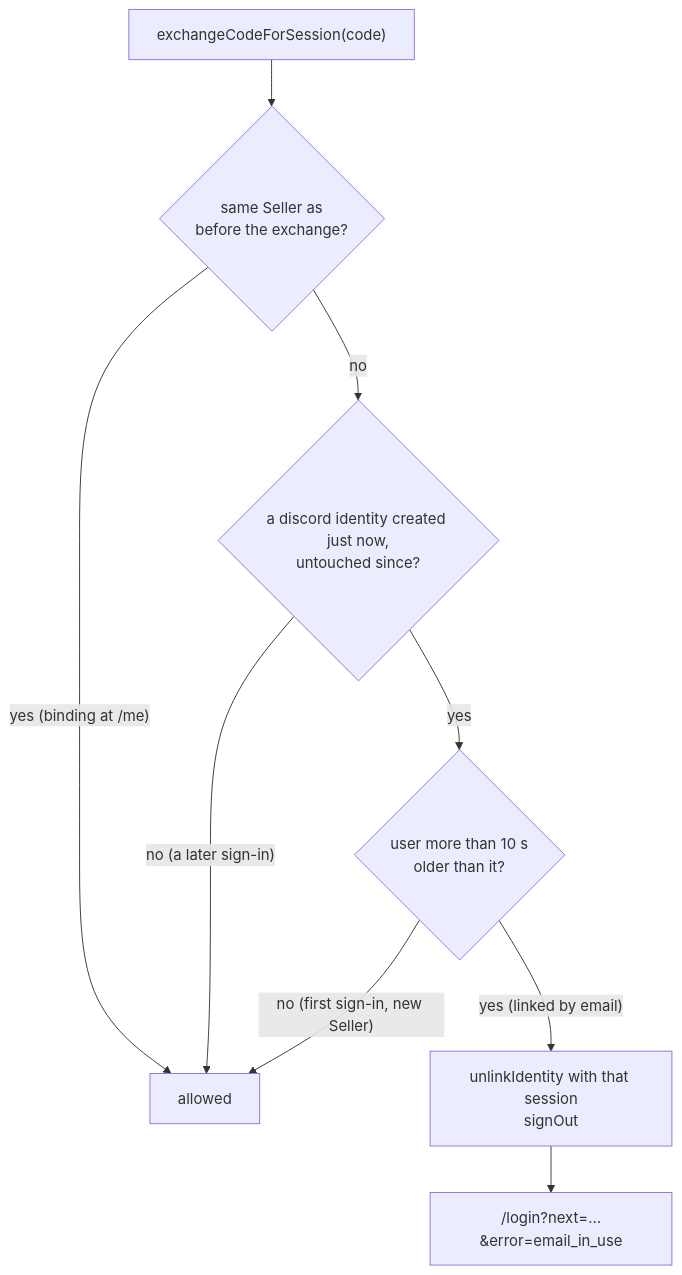
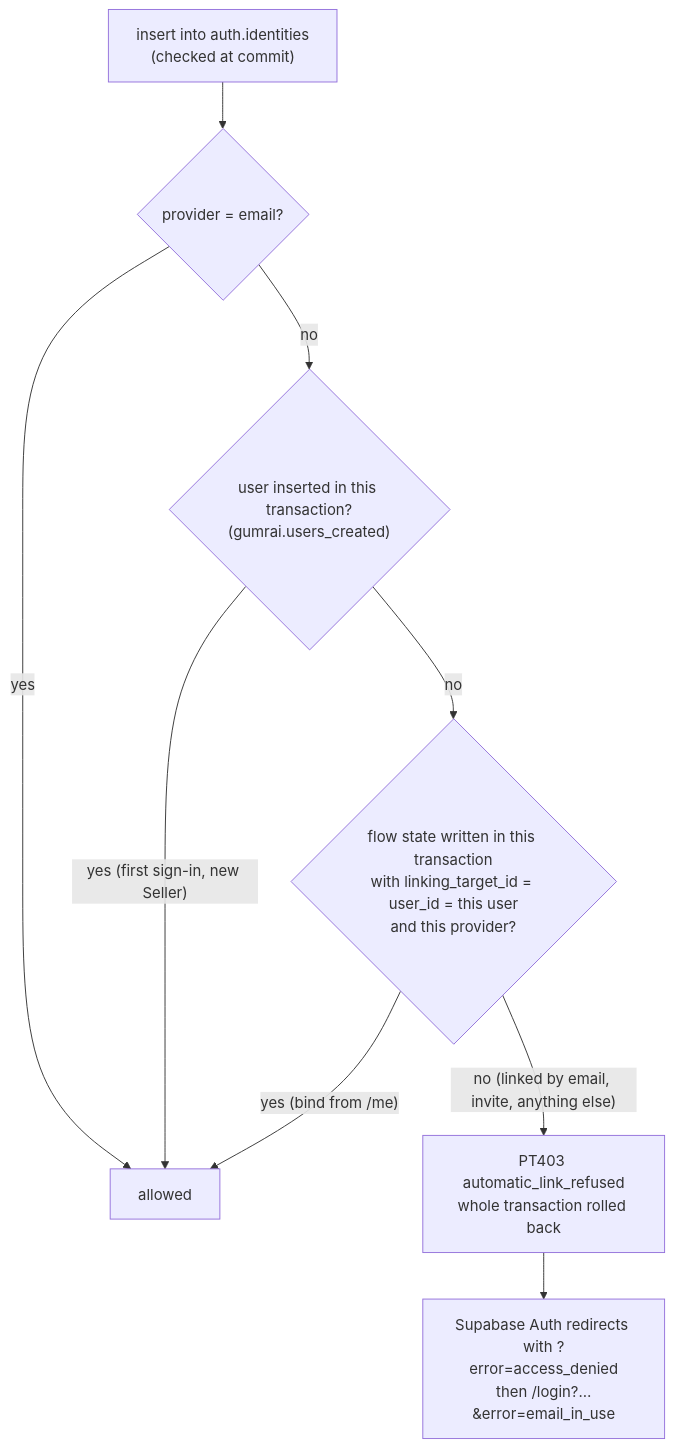
Before and after one commit to chuan-khuna/gumrai: the seventh of 9 diagrams in docs/documents/sign-in.md, drawn with Mermaid. The commit also changed other lines of this file and 4 other files, not shown here.

First line of the commit message:
docs(auth): describe refusing automatic linking in the database, and the password risks

````diff
--- a/docs/documents/sign-in.md
+++ b/docs/documents/sign-in.md
@@ -279,11 +303,11 @@
 ```mermaid
 flowchart TD
-	ex["exchangeCodeForSession(code)"] --> same{"same Seller as<br/>before the exchange?"}
-	same -- "yes (binding at /me)" --> ok["allowed"]
-	same -- no --> fresh{"a discord identity created just now,<br/>untouched since?"}
-	fresh -- "no (a later sign-in)" --> ok
-	fresh -- yes --> older{"user more than 10 s<br/>older than it?"}
-	older -- "no (first sign-in, new Seller)" --> ok
-	older -- "yes (linked by email)" --> undo["unlinkIdentity with that session<br/>signOut"]
-	undo --> login["/login?next=…&error=email_in_use"]
+	ins["insert into auth.identities<br/>(checked at commit)"] --> email{"provider = email?"}
+	email -- yes --> ok["allowed"]
+	email -- no --> created{"user inserted in this transaction?<br/>(gumrai.users_created)"}
+	created -- "yes (first sign-in, new Seller)" --> ok
+	created -- no --> bind{"flow state written in this transaction<br/>with linking_target_id = user_id = this user<br/>and this provider?"}
+	bind -- "yes (bind from /me)" --> ok
+	bind -- "no (linked by email, invite, anything else)" --> refuse["PT403 automatic_link_refused<br/>whole transaction rolled back"]
+	refuse --> cb["Supabase Auth redirects with ?error=access_denied<br/>then /login?…&error=email_in_use"]
 ```
````
